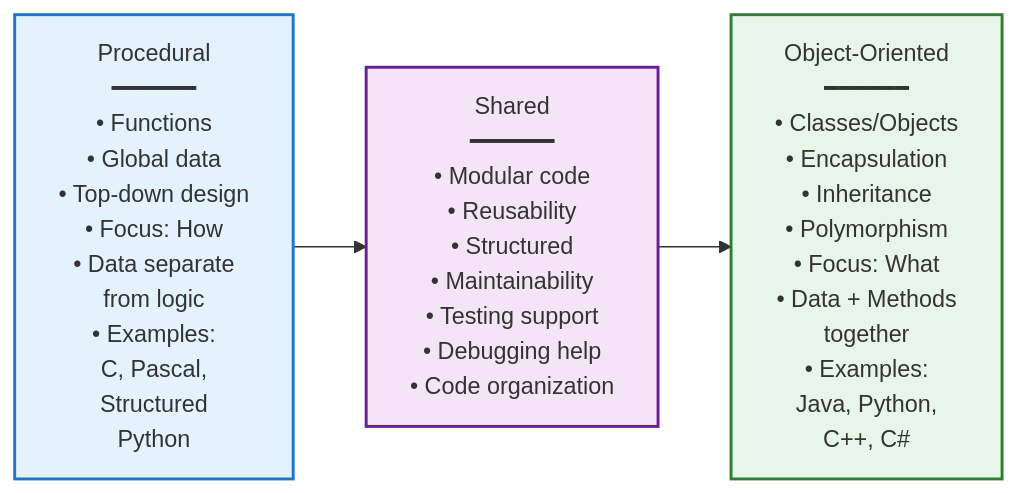
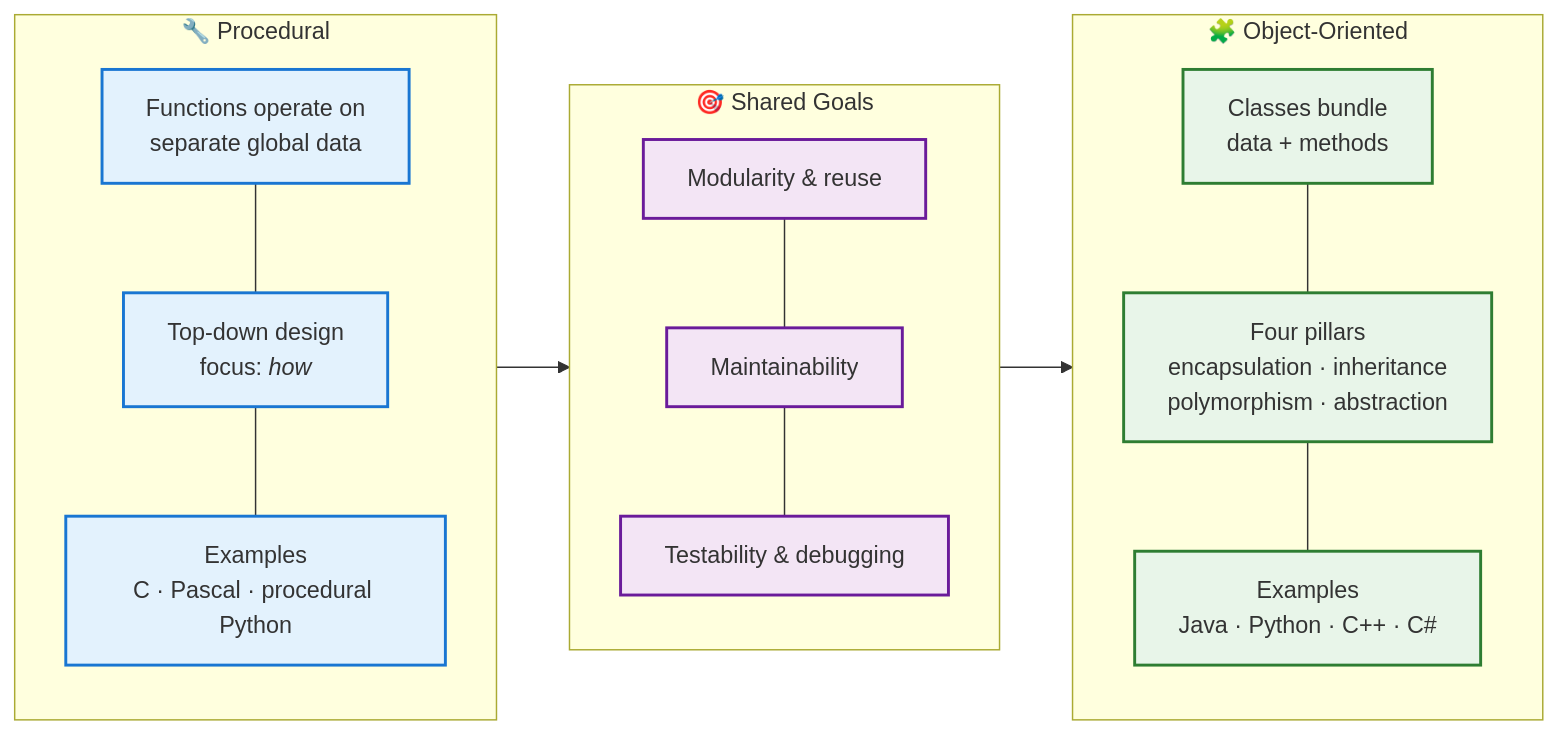
Before and after one commit to 4BZDOG/HSC_SoftwareEngineering: the diagram in diagrams/source-code/class-diagrams/oop-paradigm-comparison.mmd, drawn with Mermaid. The commit also changed 14 other files, not shown here.

First line of the commit message:
refactor(diagrams): unify course diagrams with shared design system

```diff
--- a/diagrams/source-code/class-diagrams/oop-paradigm-comparison.mmd
+++ b/diagrams/source-code/class-diagrams/oop-paradigm-comparison.mmd
@@ -1,8 +1,36 @@
-graph LR
-    A["Procedural<br/>━━━━━━<br/>• Functions<br/>• Global data<br/>• Top-down design<br/>• Focus: How<br/>• Data separate<br/>  from logic<br/>• Examples:<br/>  C, Pascal,<br/>  Structured<br/>  Python"] --> B["Shared<br/>━━━━━━<br/>• Modular code<br/>• Reusability<br/>• Structured<br/>• Maintainability<br/>• Testing support<br/>• Debugging help<br/>• Code organization"]
+%% Procedural vs Object-Oriented — side-by-side comparison with shared principles
+%% Syllabus: SE-11-07
+flowchart LR
+    subgraph PROC["🔧 Procedural"]
+        direction TB
+        P1["Functions operate on<br/>separate global data"]
+        P2["Top-down design<br/>focus: <i>how</i>"]
+        P3["Examples<br/>C · Pascal · procedural Python"]
+        P1 --- P2 --- P3
+    end
 
-    B --> C["Object-Oriented<br/>━━━━━━<br/>• Classes/Objects<br/>• Encapsulation<br/>• Inheritance<br/>• Polymorphism<br/>• Focus: What<br/>• Data + Methods<br/>  together<br/>• Examples:<br/>  Java, Python,<br/>  C++, C#"]
+    subgraph SHARED["🎯 Shared Goals"]
+        direction TB
+        S1["Modularity &amp; reuse"]
+        S2["Maintainability"]
+        S3["Testability &amp; debugging"]
+        S1 --- S2 --- S3
+    end
 
-    style A fill:#E3F2FD,stroke:#1976D2,stroke-width:2px
-    style B fill:#F3E5F5,stroke:#6A1B9A,stroke-width:2px
-    style C fill:#E8F5E9,stroke:#2E7D32,stroke-width:2px
+    subgraph OOP["🧩 Object-Oriented"]
+        direction TB
+        O1["Classes bundle<br/>data + methods"]
+        O2["Four pillars<br/>encapsulation · inheritance<br/>polymorphism · abstraction"]
+        O3["Examples<br/>Java · Python · C++ · C#"]
+        O1 --- O2 --- O3
+    end
+
+    PROC --> SHARED --> OOP
+
+    classDef proc   fill:#e3f2fd,stroke:#1976D2,stroke-width:2px
+    classDef shared fill:#f3e5f5,stroke:#6A1B9A,stroke-width:2px
+    classDef oop    fill:#e8f5e9,stroke:#2E7D32,stroke-width:2px
+
+    class P1,P2,P3 proc
+    class S1,S2,S3 shared
+    class O1,O2,O3 oop
```
